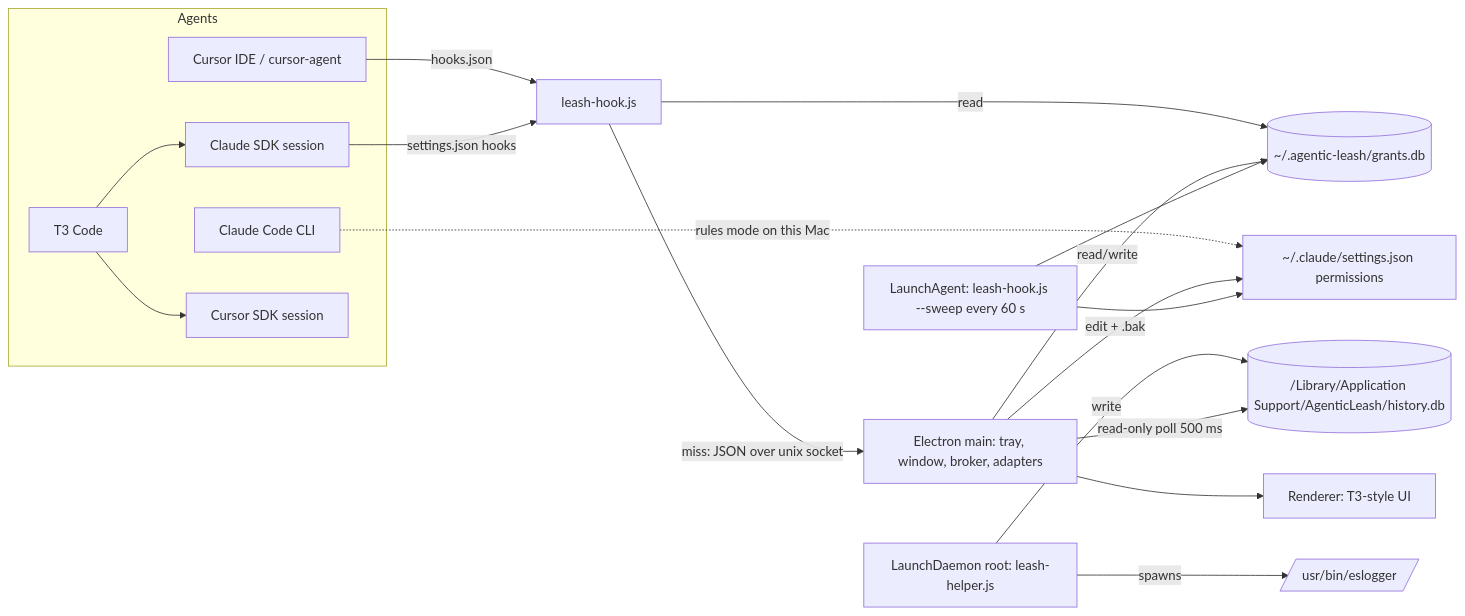
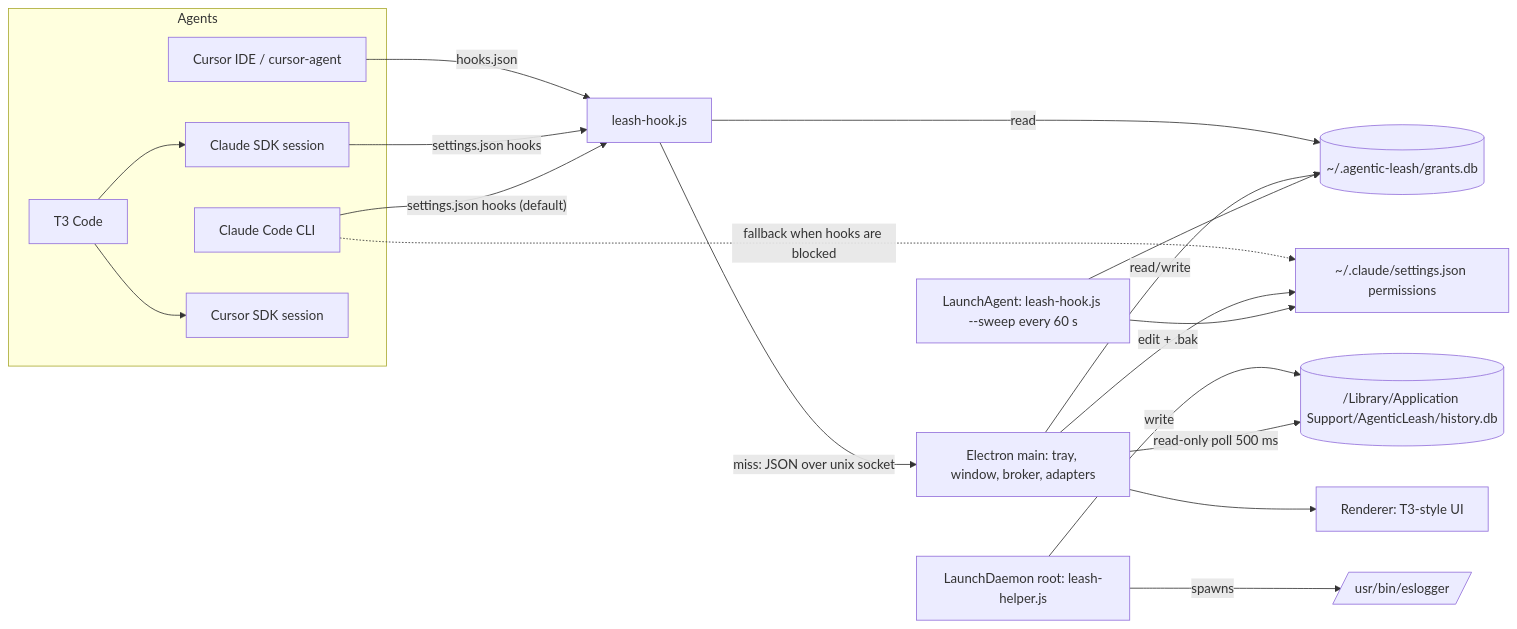
Before and after one commit to velusgautam/Agentic-Leash: the diagram in docs/plans/2026-10-15-agentic-leash-build-plan.md, drawn with Mermaid. The commit also changed other lines of this file, not shown here.

Commit message:
docs: Make Claude permission rules a fallback when hooks are blocked

````diff
--- a/docs/plans/2026-10-15-agentic-leash-build-plan.md
+++ b/docs/plans/2026-10-15-agentic-leash-build-plan.md
@@ -88,22 +89,23 @@
 ```mermaid
 flowchart LR
   subgraph Agents
     CC[Claude Code CLI]
     CUR[Cursor IDE / cursor-agent]
     T3[T3 Code] --> CCsdk[Claude SDK session]
     T3 --> CURsdk[Cursor SDK session]
   end
   CUR -- hooks.json --> HOOK
   CCsdk -- settings.json hooks --> HOOK
-  CC -. rules mode on this Mac .-> RULES[~/.claude/settings.json permissions]
+  CC -- settings.json hooks (default) --> HOOK
+  CC -. fallback when hooks are blocked .-> RULES[~/.claude/settings.json permissions]
   HOOK[leash-hook.js] -- read --> GDB[(~/.agentic-leash/grants.db)]
   HOOK -- miss: JSON over unix socket --> APP
   APP[Electron main: tray, window, broker, adapters] -- read/write --> GDB
   APP -- edit + .bak --> RULES
   SWEEP[LaunchAgent: leash-hook.js --sweep every 60 s] --> GDB
   SWEEP --> RULES
   HELPER[LaunchDaemon root: leash-helper.js] -- spawns --> ES[/usr/bin/eslogger/]
   HELPER -- write --> HDB[(/Library/Application Support/AgenticLeash/history.db)]
   APP -- read-only poll 500 ms --> HDB
   APP --> UI[Renderer: T3-style UI]
 ```
````
